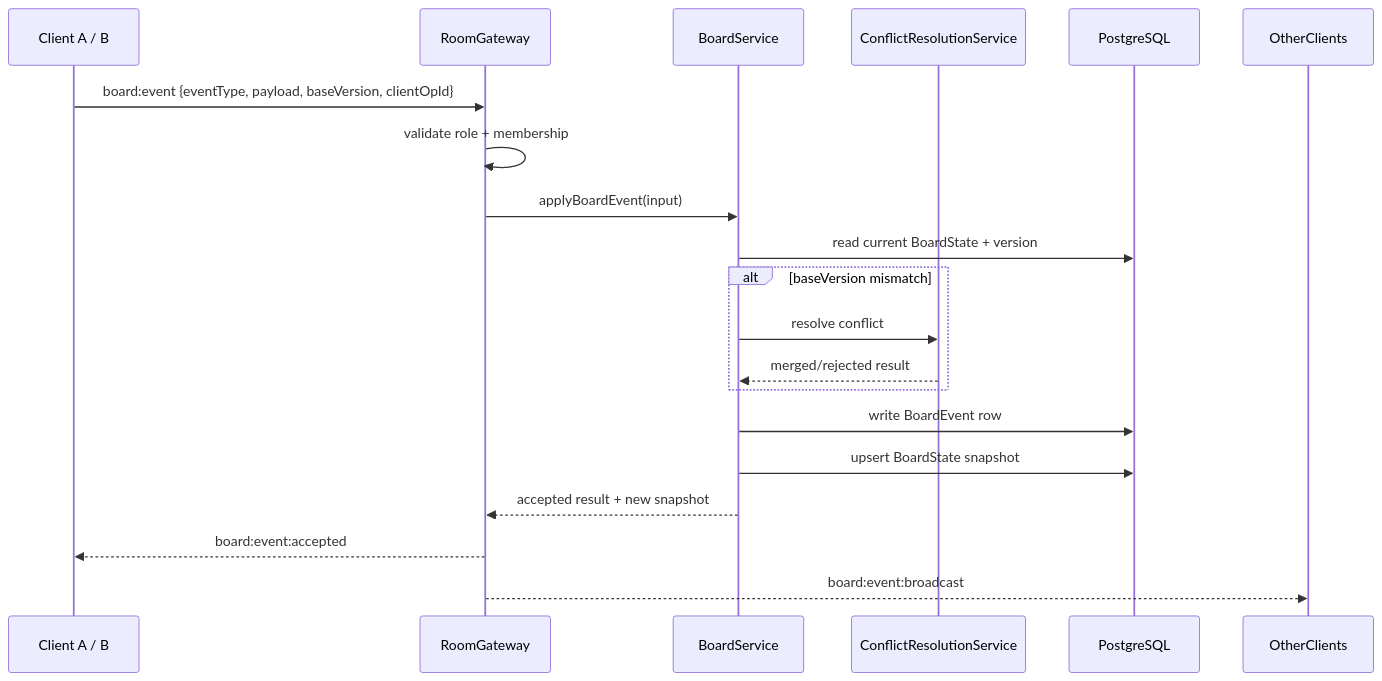
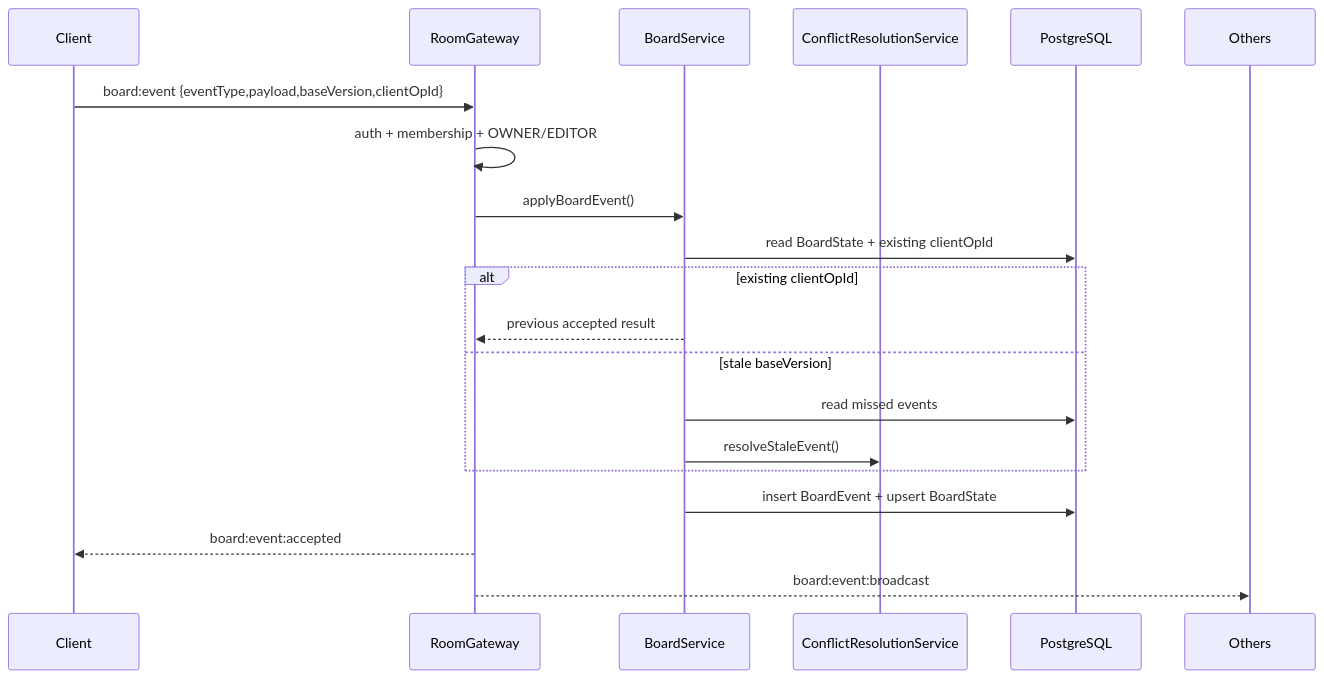
One commit to phapsucongu/white-board changed the seventh of 19 diagrams in REPO_REPORT.md. Above: the diagram before and after it, drawn with Mermaid. The commit also changed other lines of this file, not shown here.

````diff
--- a/REPO_REPORT.md
+++ b/REPO_REPORT.md
@@ -268,22 +441,23 @@
 ```mermaid
 sequenceDiagram
-  participant Client as Client A / B
+  participant Client
   participant Gateway as RoomGateway
   participant Board as BoardService
   participant Conflict as ConflictResolutionService
   participant DB as PostgreSQL
+  participant Others
 
-  Client->>Gateway: board:event {eventType, payload, baseVersion, clientOpId}
-  Gateway->>Gateway: validate role + membership
-  Gateway->>Board: applyBoardEvent(input)
-  Board->>DB: read current BoardState + version
-  alt baseVersion mismatch
-    Board->>Conflict: resolve conflict
-    Conflict-->>Board: merged/rejected result
+  Client->>Gateway: board:event {eventType,payload,baseVersion,clientOpId}
+  Gateway->>Gateway: auth + membership + OWNER/EDITOR
+  Gateway->>Board: applyBoardEvent()
+  Board->>DB: read BoardState + existing clientOpId
+  alt existing clientOpId
+    Board-->>Gateway: previous accepted result
+  else stale baseVersion
+    Board->>DB: read missed events
+    Board->>Conflict: resolveStaleEvent()
   end
-  Board->>DB: write BoardEvent row
-  Board->>DB: upsert BoardState snapshot
-  Board-->>Gateway: accepted result + new snapshot
+  Board->>DB: insert BoardEvent + upsert BoardState
   Gateway-->>Client: board:event:accepted
-  Gateway-->>OtherClients: board:event:broadcast
+  Gateway-->>Others: board:event:broadcast
 ```
````
